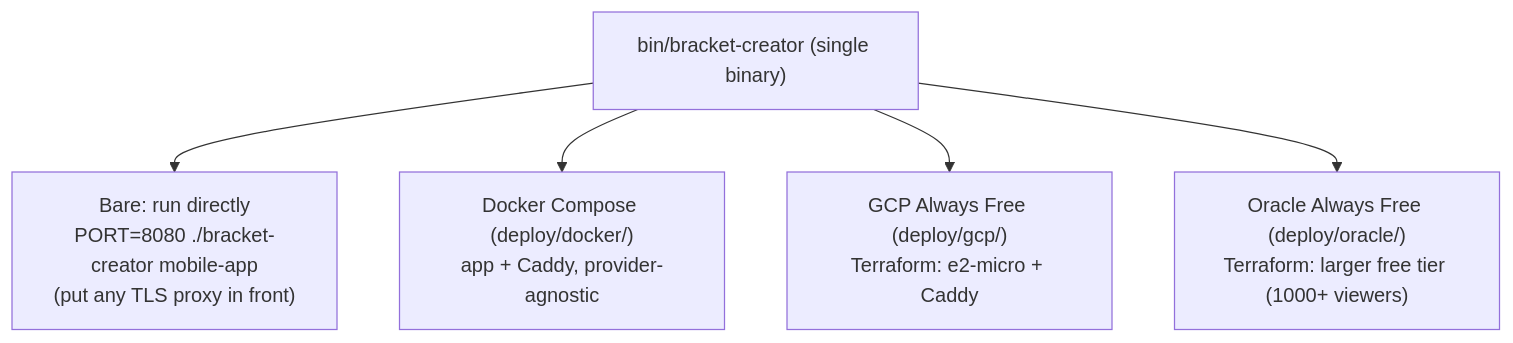
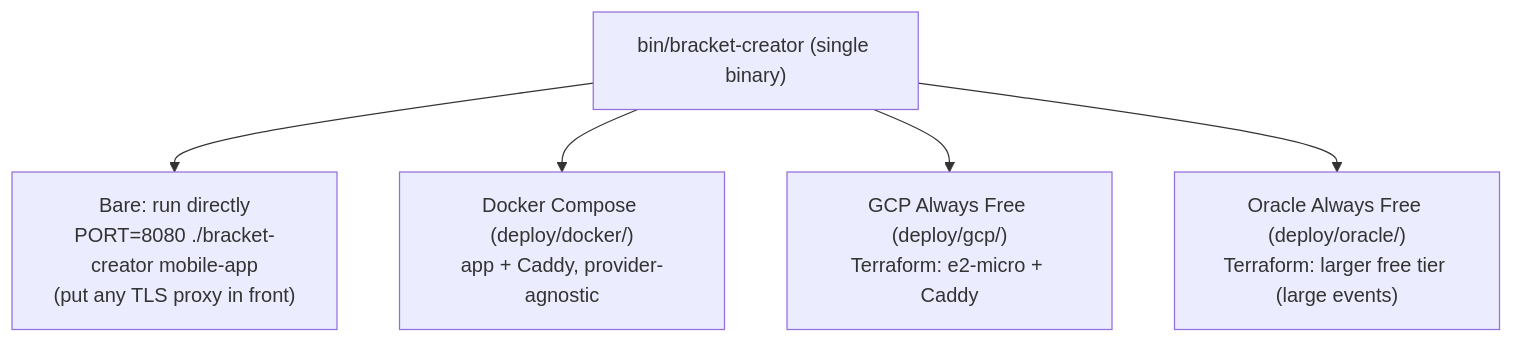
One commit to gitrgoliveira/bracket-creator changed the third of 9 diagrams in docs/architecture/infrastructure-architecture.md. Above: the diagram before and after it, drawn with Mermaid. The commit also changed other lines of this file and 2 other files, not shown here.

First line of the commit message:
docs: state the Oracle tier's audience as large events, not a viewer count

````diff
--- a/docs/architecture/infrastructure-architecture.md
+++ b/docs/architecture/infrastructure-architecture.md
@@ -63,8 +63,8 @@
 ```mermaid
 flowchart TD
     bin["bin/bracket-creator (single binary)"]
     bin --> bare["Bare: run directly<br/>PORT=8080 ./bracket-creator mobile-app<br/>(put any TLS proxy in front)"]
     bin --> compose["Docker Compose (deploy/docker/)<br/>app + Caddy, provider-agnostic"]
     bin --> gcp["GCP Always Free (deploy/gcp/)<br/>Terraform: e2-micro + Caddy"]
-    bin --> oracle["Oracle Always Free (deploy/oracle/)<br/>Terraform: larger free tier (1000+ viewers)"]
+    bin --> oracle["Oracle Always Free (deploy/oracle/)<br/>Terraform: larger free tier (large events)"]
 ```
````
